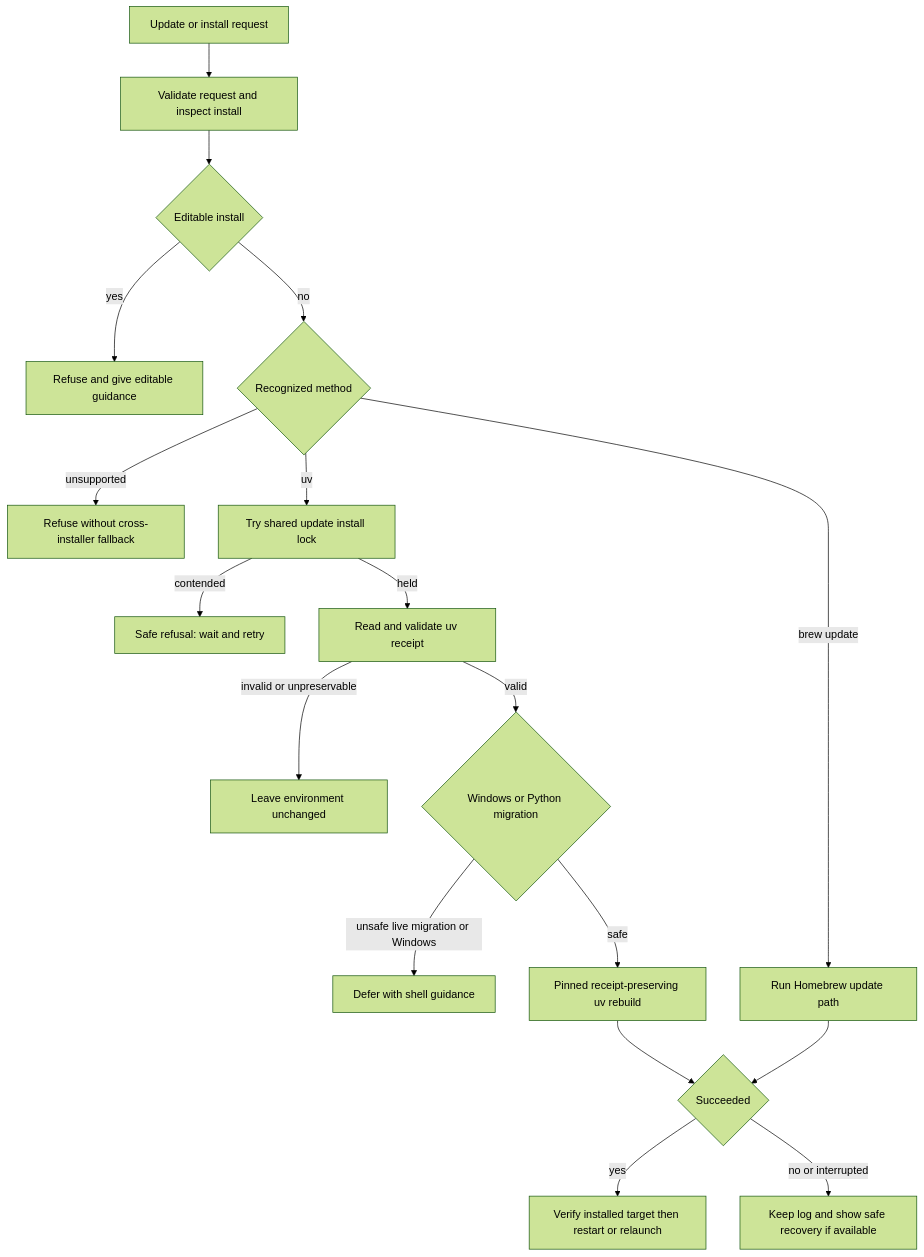
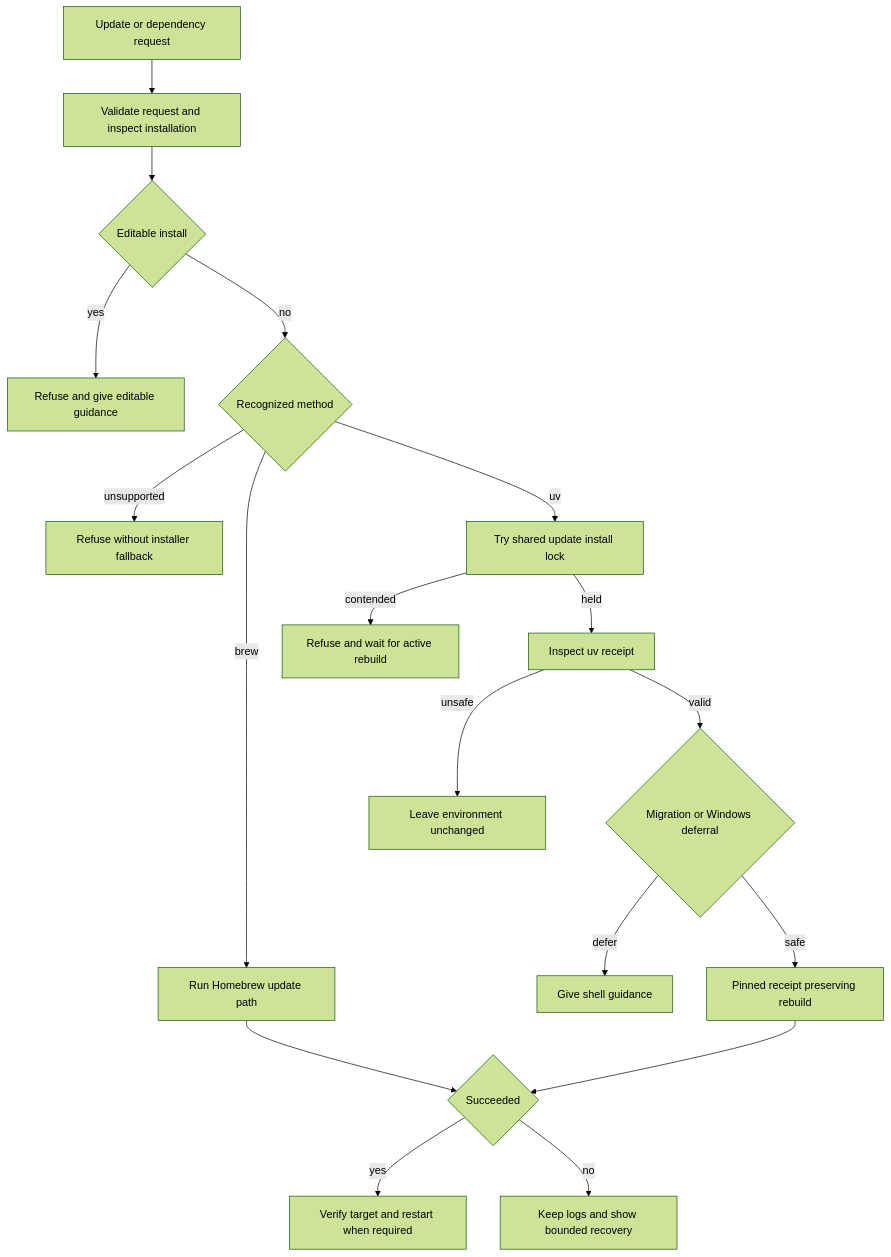
One commit to langchain-ai/deepagents changed the diagram in openwiki/operations/dcode-install-and-update.md. Above: the diagram before and after it, drawn with Mermaid (forest theme). The commit also changed other lines of this file and 34 other files, not shown here.

````diff
--- a/openwiki/operations/dcode-install-and-update.md
+++ b/openwiki/operations/dcode-install-and-update.md
@@ -51,20 +68,20 @@
 ```mermaid
 flowchart TD
-    Start["Update or install request"] --> Check["Validate request and inspect install"]
-    Check --> Editable{"Editable install"}
-    Editable -->|yes| EditRefuse["Refuse and give editable guidance"]
+    Start["Update or dependency request"] --> Inspect["Validate request and inspect installation"]
+    Inspect --> Editable{"Editable install"}
+    Editable -->|yes| Guidance["Refuse and give editable guidance"]
     Editable -->|no| Method{"Recognized method"}
-    Method -->|unsupported| MethodRefuse["Refuse without cross-installer fallback"]
+    Method -->|unsupported| Refuse["Refuse without installer fallback"]
+    Method -->|brew| Brew["Run Homebrew update path"]
     Method -->|uv| Lock["Try shared update install lock"]
-    Method -->|brew update| Brew["Run Homebrew update path"]
-    Lock -->|contended| Wait["Safe refusal: wait and retry"]
-    Lock -->|held| Receipt["Read and validate uv receipt"]
-    Receipt -->|invalid or unpreservable| ReceiptRefuse["Leave environment unchanged"]
-    Receipt -->|valid| Platform{"Windows or Python migration"}
-    Platform -->|unsafe live migration or Windows| Defer["Defer with shell guidance"]
-    Platform -->|safe| Execute["Pinned receipt-preserving uv rebuild"]
+    Lock -->|contended| Busy["Refuse and wait for active rebuild"]
+    Lock -->|held| Receipt["Inspect uv receipt"]
+    Receipt -->|unsafe| Preserve["Leave environment unchanged"]
+    Receipt -->|valid| Platform{"Migration or Windows deferral"}
+    Platform -->|defer| Shell["Give shell guidance"]
+    Platform -->|safe| Rebuild["Pinned receipt preserving rebuild"]
     Brew --> Result{"Succeeded"}
-    Execute --> Result
-    Result -->|yes| Verify["Verify installed target then restart or relaunch"]
-    Result -->|no or interrupted| Log["Keep log and show safe recovery if available"]
+    Rebuild --> Result
+    Result -->|yes| Verify["Verify target and restart when required"]
+    Result -->|no| Failure["Keep logs and show bounded recovery"]
 ```
````
